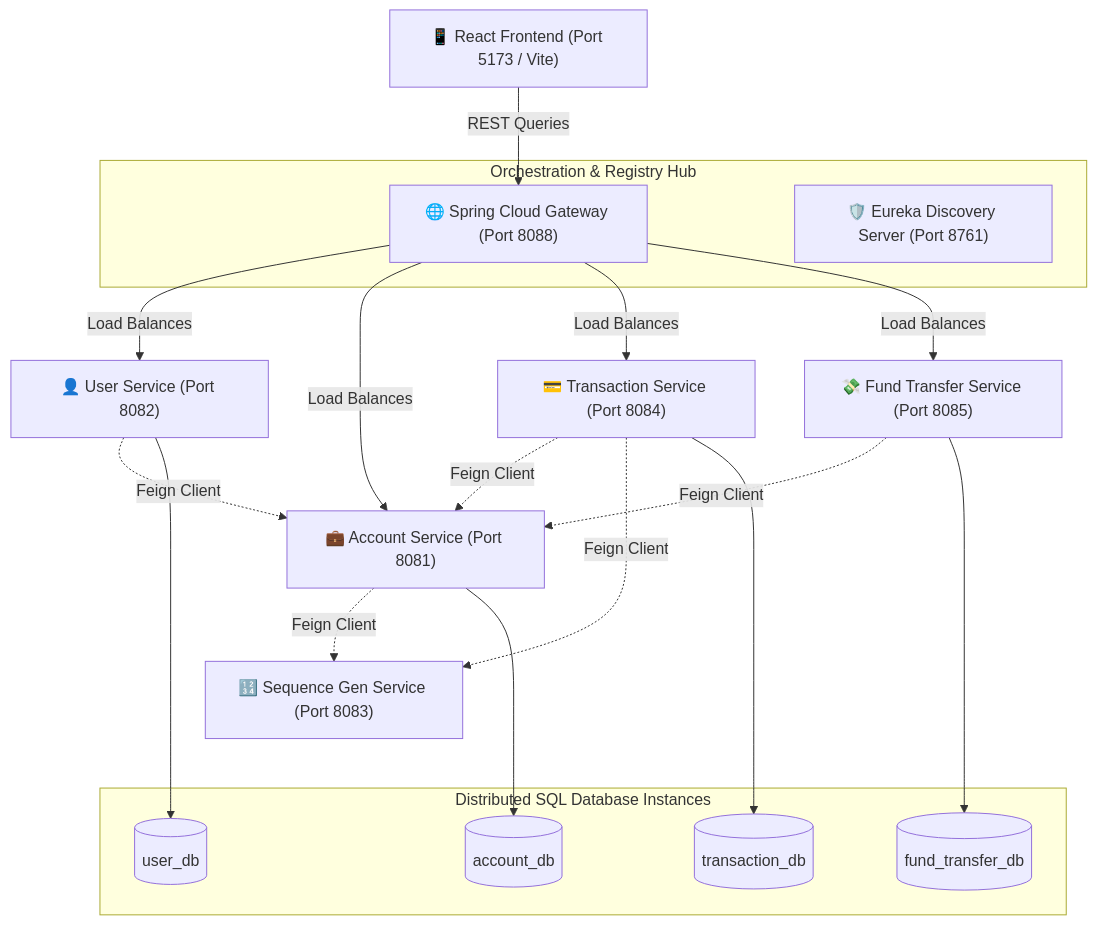
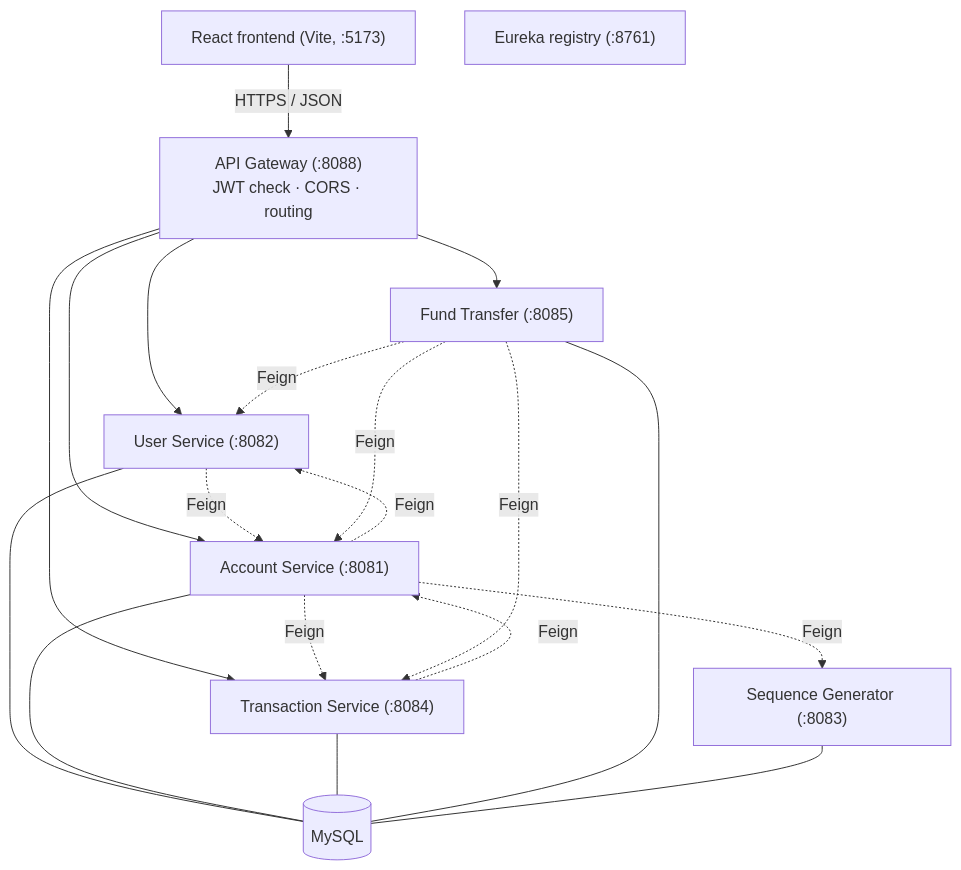
One commit to krishna1584/Finexus changed the diagram in README.md. Above: the diagram before and after it, drawn with Mermaid. The commit also changed other lines of this file and 65 other files, not shown here.

Commit message:
Removed old monolithic structure files and unused tests, SVG icons, images and chart components from the frontend and backend

````diff
--- a/README.md
+++ b/README.md
@@ -18,33 +18,25 @@
 ```mermaid
 graph TD
-    Client["📱 React Frontend (Port 5173 / Vite)"] -->|REST Queries| Gateway["🌐 Spring Cloud Gateway (Port 8088)"]
-    
-    subgraph Registry ["Orchestration & Registry Hub"]
-        Eureka["🛡️ Eureka Discovery Server (Port 8761)"]
-        Gateway
-    end
-    
-    Gateway -->|Load Balances| User["👤 User Service (Port 8082)"]
-    Gateway -->|Load Balances| Account["💼 Account Service (Port 8081)"]
-    Gateway -->|Load Balances| Transaction["💳 Transaction Service (Port 8084)"]
-    Gateway -->|Load Balances| Transfer["💸 Fund Transfer Service (Port 8085)"]
-    
-    %% Inter-service calls
-    User -.->|Feign Client| Account
-    Transfer -.->|Feign Client| Account
-    Transaction -.->|Feign Client| Account
-    Account -.->|Feign Client| SeqGen["🔢 Sequence Gen Service (Port 8083)"]
-    Transaction -.->|Feign Client| SeqGen
-    
-    subgraph Storage ["Distributed SQL Database Instances"]
-        UDB[("user_db")]
-        ADB[("account_db")]
-        TDB[("transaction_db")]
-        FDB[("fund_transfer_db")]
-    end
-    
-    User ---> UDB
-    Account ---> ADB
-    Transaction ---> TDB
-    Transfer ---> FDB
+    Client["React frontend (Vite, :5173)"] -->|HTTPS / JSON| Gateway["API Gateway (:8088)<br/>JWT check · CORS · routing"]
+    Gateway --> User["User Service (:8082)"]
+    Gateway --> Account["Account Service (:8081)"]
+    Gateway --> Transaction["Transaction Service (:8084)"]
+    Gateway --> Transfer["Fund Transfer (:8085)"]
+
+    User -.->|Feign| Account
+    Account -.->|Feign| User
+    Account -.->|Feign| Seq["Sequence Generator (:8083)"]
+    Account -.->|Feign| Transaction
+    Transaction -.->|Feign| Account
+    Transfer -.->|Feign| Account
+    Transfer -.->|Feign| Transaction
+    Transfer -.->|Feign| User
+
+    Eureka["Eureka registry (:8761)"]
+    DB[("MySQL")]
+    User --- DB
+    Account --- DB
+    Transaction --- DB
+    Transfer --- DB
+    Seq --- DB
 ```
````
